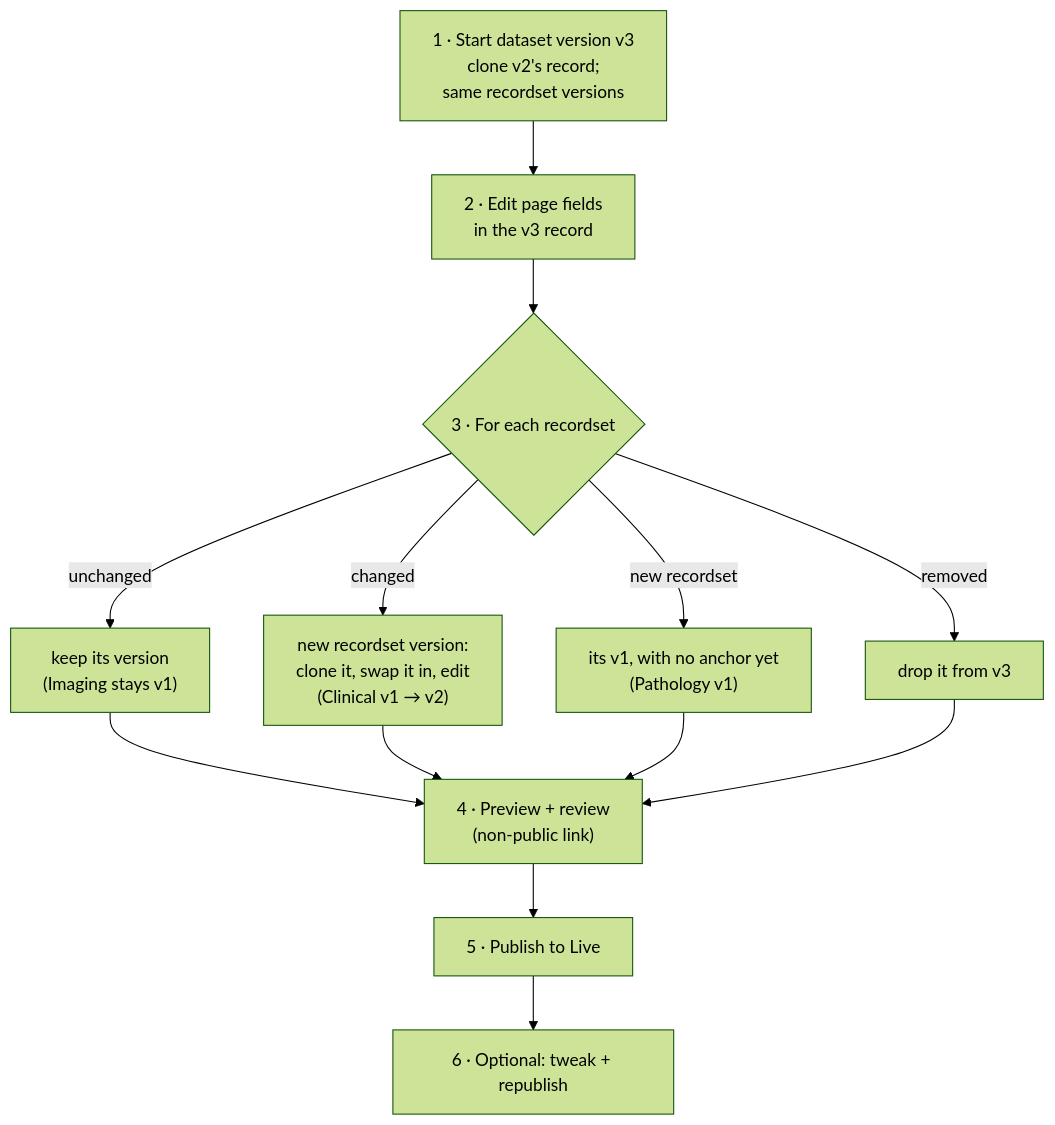
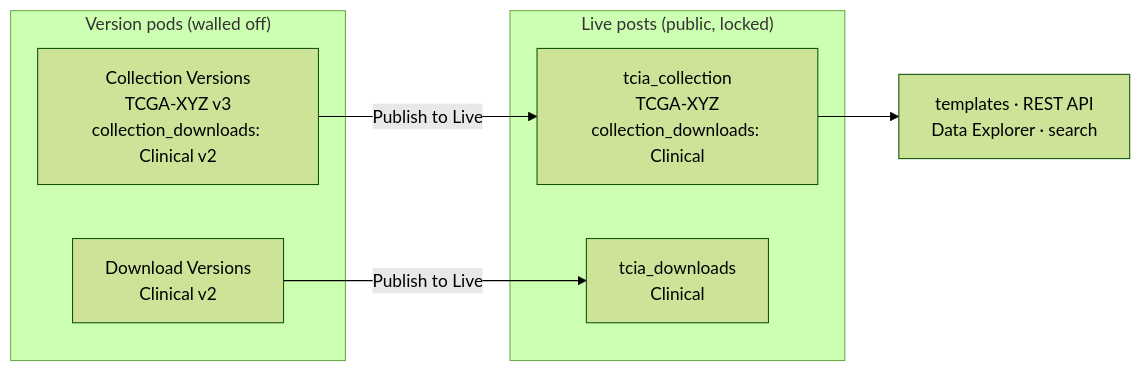
Before and after one commit to UAMS-DBMI/posda-release-module: diagram 18 of 22 in notes/WP_UPDATES.md, drawn with Mermaid (forest theme). The commit also changed other lines of this file, not shown here.

````diff
--- a/notes/WP_UPDATES.md
+++ b/notes/WP_UPDATES.md
@@ -844,16 +860,14 @@
 ```mermaid
-flowchart TB
-    S["1 · Start dataset version v3<br/>clone v2's record;<br/>same recordset versions"] --> E
-    E["2 · Edit page fields<br/>in the v3 record"] --> R
-    R{"3 · For each recordset"}
-    R -- unchanged --> K["keep its version<br/>(Imaging stays v1)"]
-    R -- changed --> N["new recordset version:<br/>clone it, swap it in, edit<br/>(Clinical v1 → v2)"]
-    R -- "new recordset" --> NN["its v1, with no anchor yet<br/>(Pathology v1)"]
-    R -- removed --> U["drop it from v3"]
-    K --> P
-    N --> P
-    NN --> P
-    U --> P
-    P["4 · Preview + review<br/>(non-public link)"] --> L["5 · Publish to Live"]
-    L --> T["6 · Optional: tweak + republish"]
+flowchart LR
+    subgraph walled["Version pods (walled off)"]
+        CV["Collection Versions<br/>TCGA-XYZ v3<br/>collection_downloads: Clinical v2"]
+        DV["Download Versions<br/>Clinical v2"]
+    end
+    subgraph public["Live posts (public, locked)"]
+        C["tcia_collection<br/>TCGA-XYZ<br/>collection_downloads: Clinical"]
+        D["tcia_downloads<br/>Clinical"]
+    end
+    CV -- "Publish to Live" --> C
+    DV -- "Publish to Live" --> D
+    C --> R["templates · REST API<br/>Data Explorer · search"]
 ```
````
